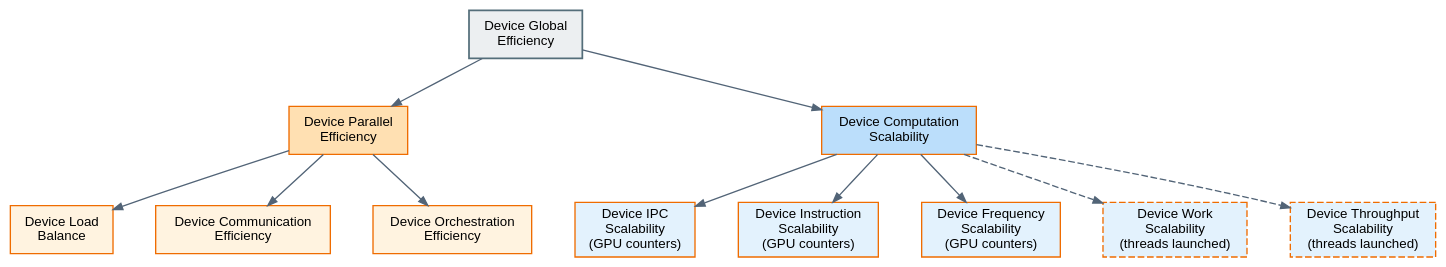
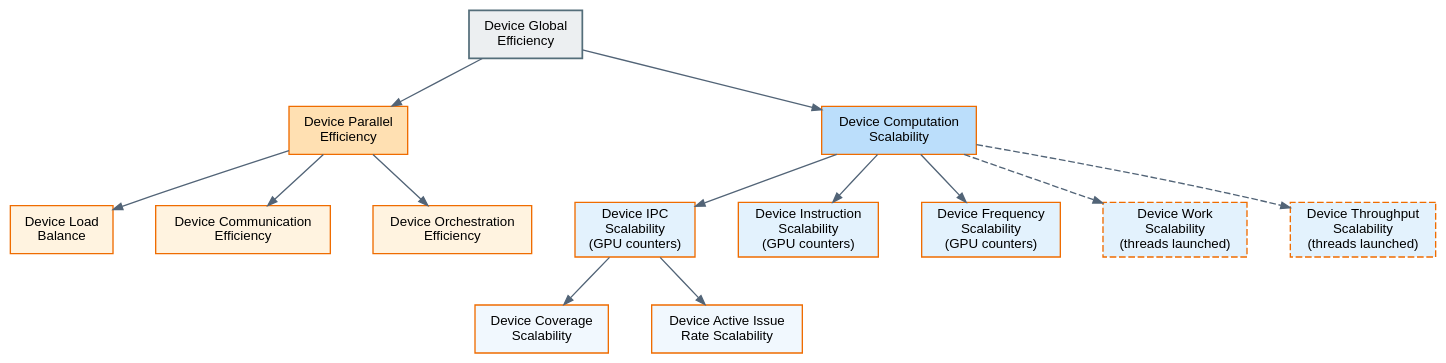
The diagram in doc/source/graphs/05_device_execution_domain.dot (bsc-performance-tools/basicanalysis), drawn with Graphviz before and after one commit. The commit also changed 14 other files, not shown here.

First line of the commit message:
Split Device IPC Scalability into Coverage and Active Issue Rate

```diff
--- a/doc/source/graphs/05_device_execution_domain.dot
+++ b/doc/source/graphs/05_device_execution_domain.dot
@@ -1,138 +1,153 @@
 digraph DeviceExecutionDomain {
     rankdir=TB;
 
     graph [
         bgcolor="transparent",
         nodesep=0.45,
         ranksep=0.50
     ];
 
     node [
         shape=box,
         fontname="Helvetica",
         fontsize=10,
         style="filled",
         penwidth=1.0
     ];
 
     edge [
         color="#526477",
         penwidth=1.0,
         arrowsize=0.7
     ];
 
     /*
      * Device Global Efficiency
      */
 
     device_ge [
         label="Device Global\nEfficiency",
         fillcolor="#ECEFF1",
         color="#546E7A",
         penwidth=1.3
     ];
 
     /*
      * Device Parallel Efficiency branch
      */
 
     device_pe [
         label="Device Parallel\nEfficiency",
         fillcolor="#FFE0B2",
         color="#EF6C00"
     ];
 
     device_lb [
         label="Device Load\nBalance",
         fillcolor="#FFF3E0",
         color="#EF6C00"
     ];
 
     device_ce [
         label="Device Communication\nEfficiency",
         fillcolor="#FFF3E0",
         color="#EF6C00"
     ];
 
     device_orch [
         label="Device Orchestration\nEfficiency",
         fillcolor="#FFF3E0",
         color="#EF6C00"
     ];
 
     /*
      * Device Computation Scalability branch
      */
 
     device_cs [
         label="Device Computation\nScalability",
         fillcolor="#BBDEFB",
         color="#EF6C00"
     ];
 
     device_ipc [
         label="Device IPC\nScalability\n(GPU counters)",
         fillcolor="#E3F2FD",
         color="#EF6C00"
     ];
 
     device_inst [
         label="Device Instruction\nScalability\n(GPU counters)",
         fillcolor="#E3F2FD",
         color="#EF6C00"
     ];
 
     device_freq [
         label="Device Frequency\nScalability\n(GPU counters)",
         fillcolor="#E3F2FD",
         color="#EF6C00"
     ];
 
+    device_cov [
+        label="Device Coverage\nScalability",
+        fillcolor="#F1F8FE",
+        color="#EF6C00"
+    ];
+
+    device_act [
+        label="Device Active Issue\nRate Scalability",
+        fillcolor="#F1F8FE",
+        color="#EF6C00"
+    ];
+
     device_work [
         label="Device Work\nScalability\n(threads launched)",
         fillcolor="#E3F2FD",
         color="#EF6C00",
         style="filled,dashed"
     ];
 
     device_tp [
         label="Device Throughput\nScalability\n(threads launched)",
         fillcolor="#E3F2FD",
         color="#EF6C00",
         style="filled,dashed"
     ];
 
     /*
      * Device Global Efficiency decomposition
      */
 
     device_ge -> device_pe;
     device_ge -> device_cs;
 
     /*
      * Device Parallel Efficiency decomposition
      */
 
     device_pe -> device_lb;
     device_pe -> device_ce;
     device_pe -> device_orch;
 
     /*
      * Device Computation Scalability decomposition: with GPU hardware
      * counters, or with the GPU threads launched
      */
 
     device_cs -> device_ipc;
     device_cs -> device_inst;
     device_cs -> device_freq;
     device_cs -> device_work [style=dashed];
     device_cs -> device_tp [style=dashed];
 
+    device_ipc -> device_cov;
+    device_ipc -> device_act;
+
     /*
      * Layout constraints
      */
 
     { rank=same; device_pe; device_cs; }
     { rank=same; device_lb; device_ce; device_orch; device_ipc; device_inst;
       device_freq; device_work; device_tp; }
 }
```
